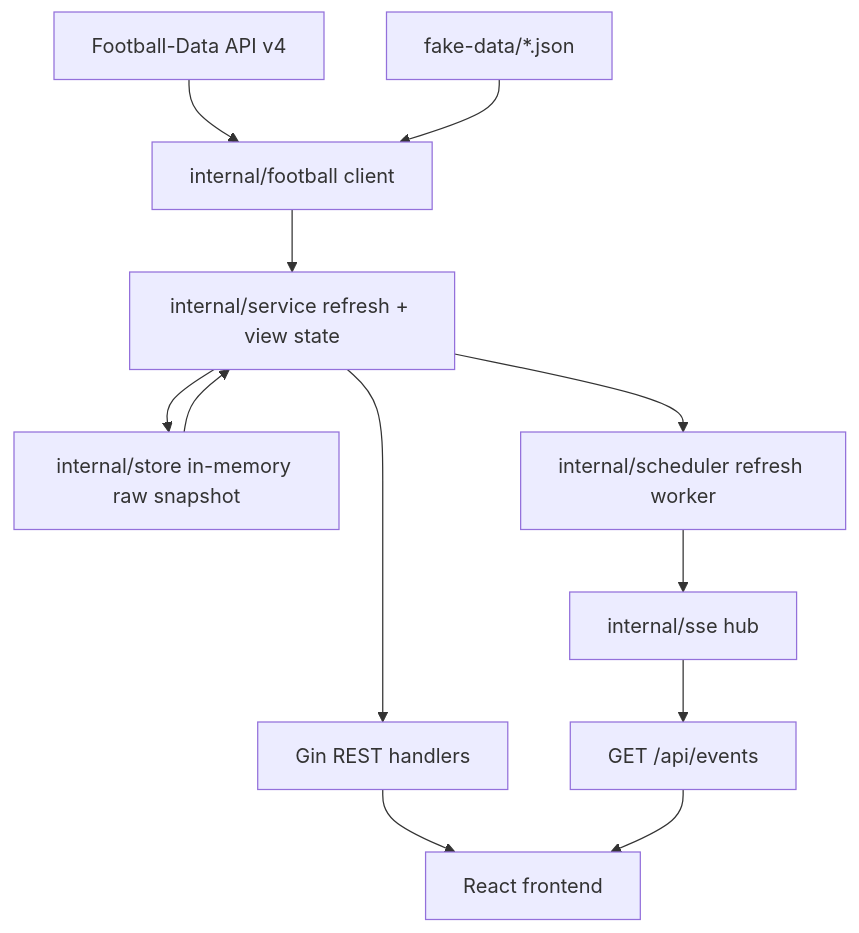
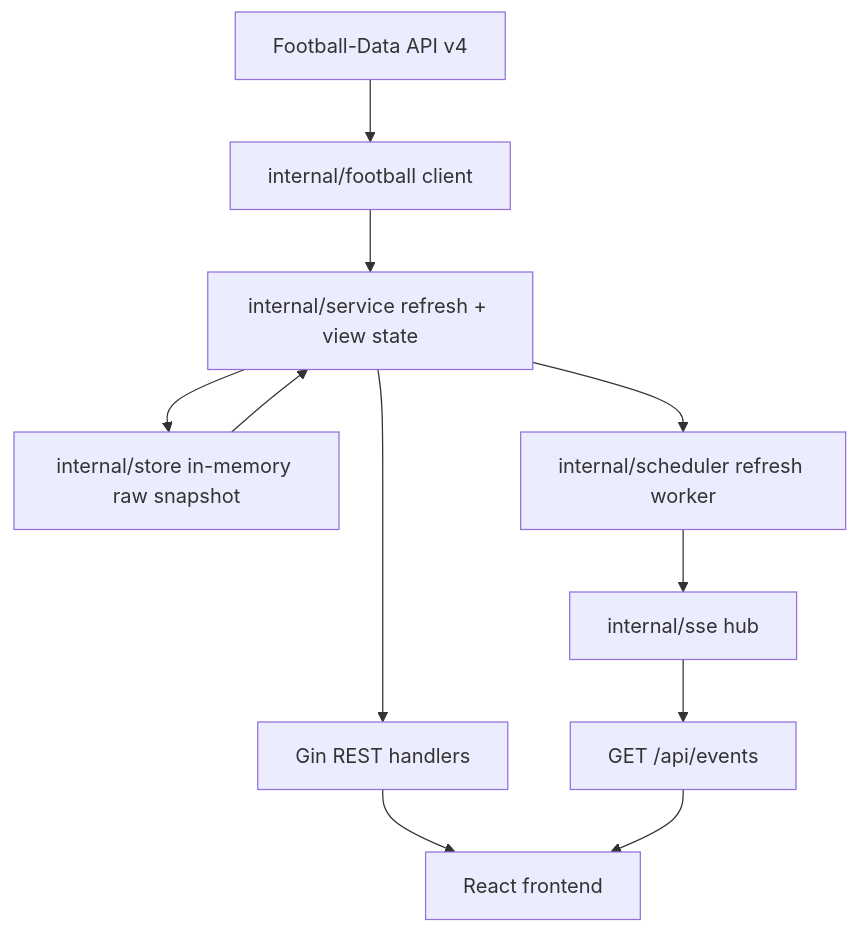
The diagram in README.md (punpuntmq/2nd-world-cup-website), drawn with Mermaid before and after one commit. The commit also changed other lines of this file and 4 other files, not shown here.

````diff
--- a/README.md
+++ b/README.md
@@ -9,14 +9,13 @@
 ```mermaid
 flowchart TD
     API["Football-Data API v4"] --> Client["internal/football client"]
-    Fake["fake-data/*.json"] --> Client
     Client --> Service["internal/service refresh + view state"]
     Service --> Store["internal/store in-memory raw snapshot"]
     Service --> Scheduler["internal/scheduler refresh worker"]
     Scheduler --> Hub["internal/sse hub"]
     Store --> Service
     Service --> REST["Gin REST handlers"]
     Hub --> SSE["GET /api/events"]
     REST --> React["React frontend"]
     SSE --> React
 ```
````
